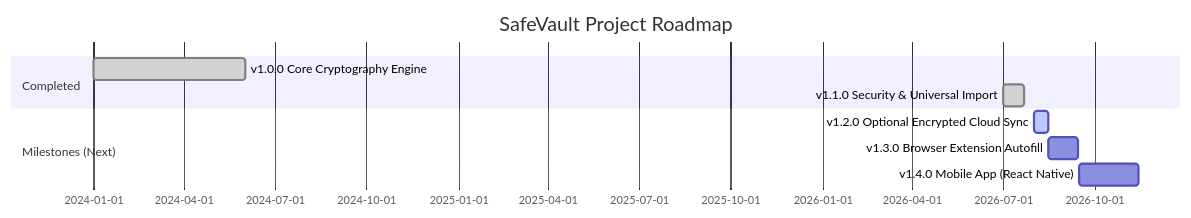
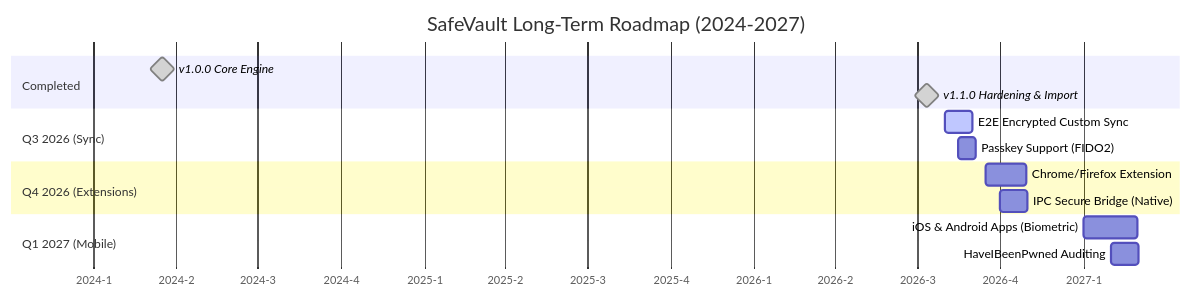
The second of 2 diagrams in docs/features.md (SudhirDevOps1/SafeVault), drawn with Mermaid before and after one commit. The commit also changed other lines of this file, not shown here.

Commit message:
docs: expand features.md roadmap with detailed technical specifications and a long-term gantt chart

````diff
--- a/docs/features.md
+++ b/docs/features.md
@@ -46,12 +60,22 @@
 ```mermaid
 gantt
-    title SafeVault Project Roadmap
+    title SafeVault Long-Term Roadmap (2024-2027)
     dateFormat  YYYY-MM-DD
+    axisFormat  %Y-%q
+    
     section Completed
-    v1.0.0 Core Cryptography Engine    :done, v1, 2024-01-01, 2024-06-01
-    v1.1.0 Security & Universal Import :done, v2, 2026-07-01, 2026-07-22
-    section Milestones (Next)
-    v1.2.0 Optional Encrypted Cloud Sync  :active, v3, 2026-08-01, 15d
-    v1.3.0 Browser Extension Autofill     : v4, 2026-08-15, 30d
-    v1.4.0 Mobile App (React Native)      : v5, 2026-09-15, 60d
+    v1.0.0 Core Engine          :done, milestone, 2024-01-01, 2024-06-01
+    v1.1.0 Hardening & Import   :done, milestone, 2026-07-01, 2026-07-22
+    
+    section Q3 2026 (Sync)
+    E2E Encrypted Custom Sync   :active, des1, 2026-08-01, 30d
+    Passkey Support (FIDO2)     : des2, 2026-08-15, 20d
+    
+    section Q4 2026 (Extensions)
+    Chrome/Firefox Extension    : des3, 2026-09-15, 45d
+    IPC Secure Bridge (Native)  : des4, 2026-10-01, 30d
+    
+    section Q1 2027 (Mobile)
+    iOS & Android Apps (Biometric): des5, 2027-01-01, 60d
+    HaveIBeenPwned Auditing     : des6, 2027-02-01, 30d
 ```
````
